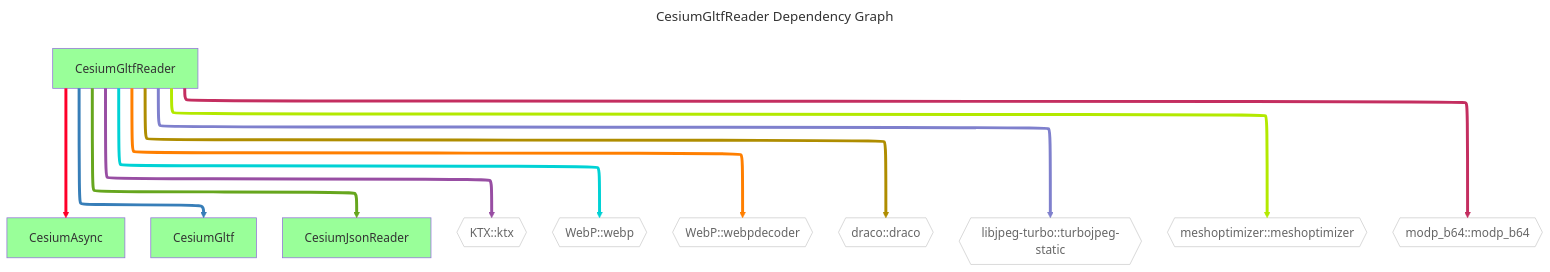
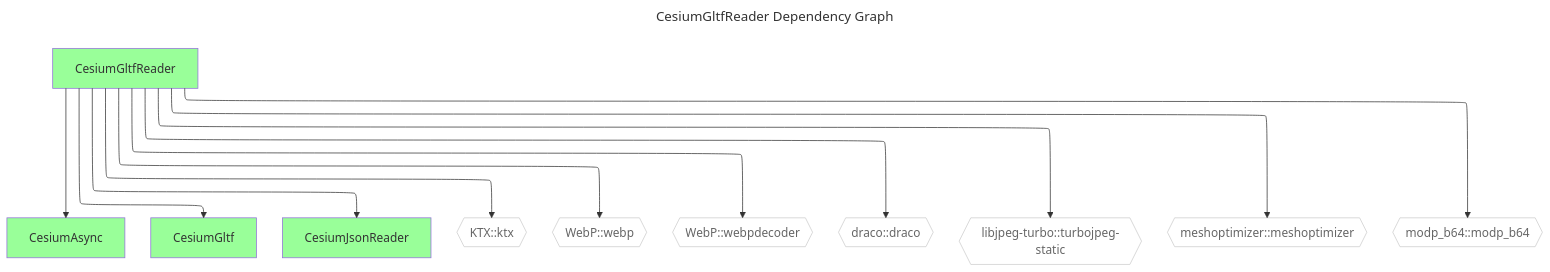
The diagram in doc/diagrams/dependencies/CesiumGltfReader.mmd (CesiumGS/cesium-native), drawn with Mermaid before and after one commit. The commit also changed 19 other files, not shown here.

Commit message:
README formatting, no colors for target dependency graphs

```diff
--- a/doc/diagrams/dependencies/CesiumGltfReader.mmd
+++ b/doc/diagrams/dependencies/CesiumGltfReader.mmd
@@ -1,30 +1,20 @@
 ---
 config:
   layout: elk
 title: CesiumGltfReader Dependency Graph
 ---
 graph TD
   classDef dependencyNode fill:#fff,stroke:#ccc,color:#666
   classDef libraryNode fill:#9f9
   CesiumGltfReader[CesiumGltfReader] --> CesiumAsync[CesiumAsync]
   CesiumGltfReader[CesiumGltfReader] --> CesiumGltf[CesiumGltf]
   CesiumGltfReader[CesiumGltfReader] --> CesiumJsonReader[CesiumJsonReader]
   CesiumGltfReader[CesiumGltfReader] --> KTX_ktx{{KTX::ktx}}
   CesiumGltfReader[CesiumGltfReader] --> WebP_webp{{WebP::webp}}
   CesiumGltfReader[CesiumGltfReader] --> WebP_webpdecoder{{WebP::webpdecoder}}
   CesiumGltfReader[CesiumGltfReader] --> draco_draco{{draco::draco}}
   CesiumGltfReader[CesiumGltfReader] --> libjpeg-turbo_turbojpeg-static{{libjpeg-turbo::turbojpeg-static}}
   CesiumGltfReader[CesiumGltfReader] --> meshoptimizer_meshoptimizer{{meshoptimizer::meshoptimizer}}
   CesiumGltfReader[CesiumGltfReader] --> modp_b64_modp_b64{{modp_b64::modp_b64}}
   class KTX_ktx,WebP_webp,WebP_webpdecoder,draco_draco,libjpeg-turbo_turbojpeg-static,meshoptimizer_meshoptimizer,modp_b64_modp_b64 dependencyNode
   class CesiumAsync,CesiumGltf,CesiumJsonReader,CesiumGltfReader libraryNode
-  linkStyle 0 stroke:#ff0029,stroke-width:4px
-  linkStyle 1 stroke:#377eb8,stroke-width:4px
-  linkStyle 2 stroke:#66a61e,stroke-width:4px
-  linkStyle 3 stroke:#984ea3,stroke-width:4px
-  linkStyle 4 stroke:#00d2d5,stroke-width:4px
-  linkStyle 5 stroke:#ff7f00,stroke-width:4px
-  linkStyle 6 stroke:#af8d00,stroke-width:4px
-  linkStyle 7 stroke:#7f80cd,stroke-width:4px
-  linkStyle 8 stroke:#b3e900,stroke-width:4px
-  linkStyle 9 stroke:#c42e60,stroke-width:4px
```
